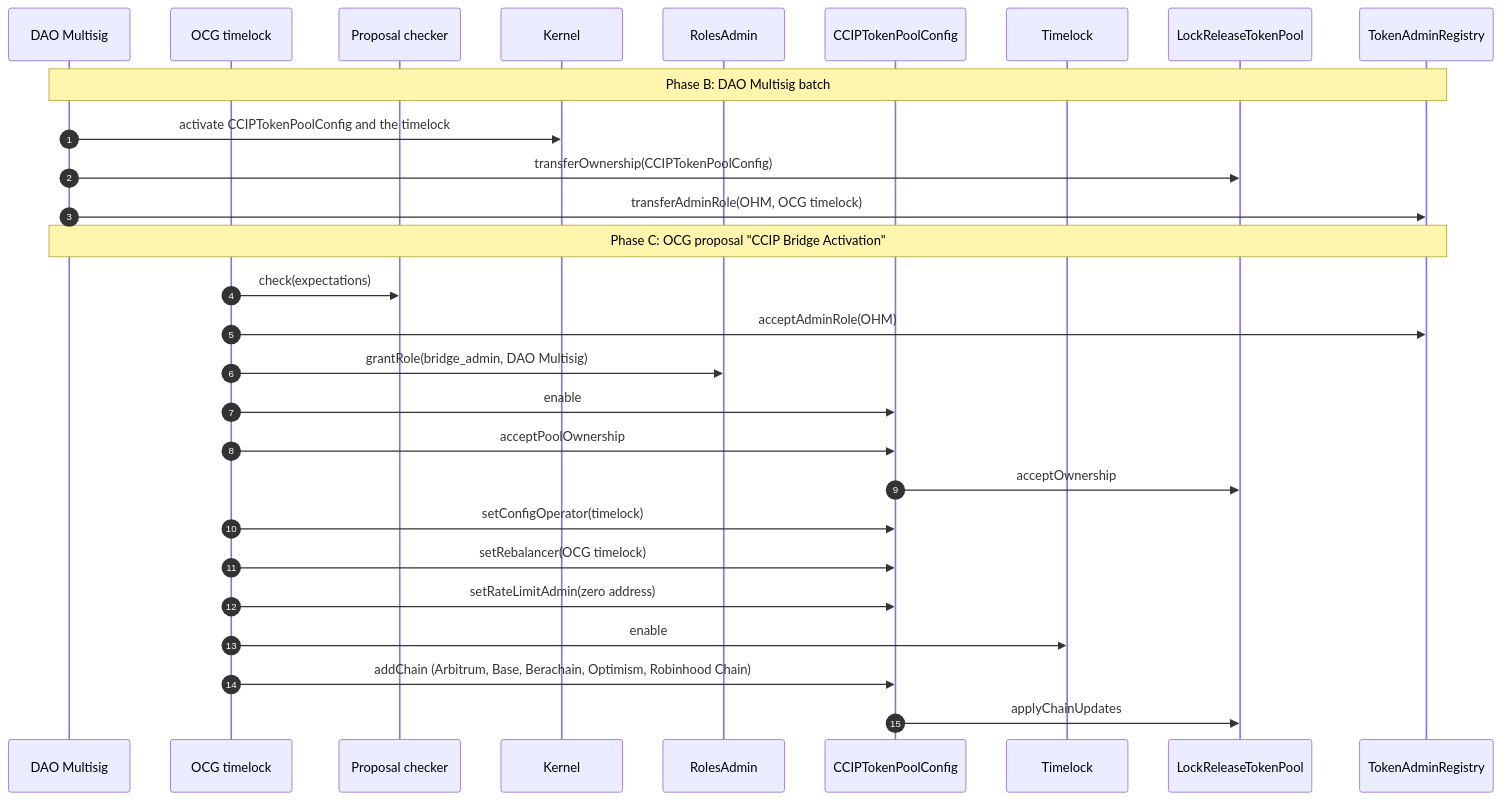
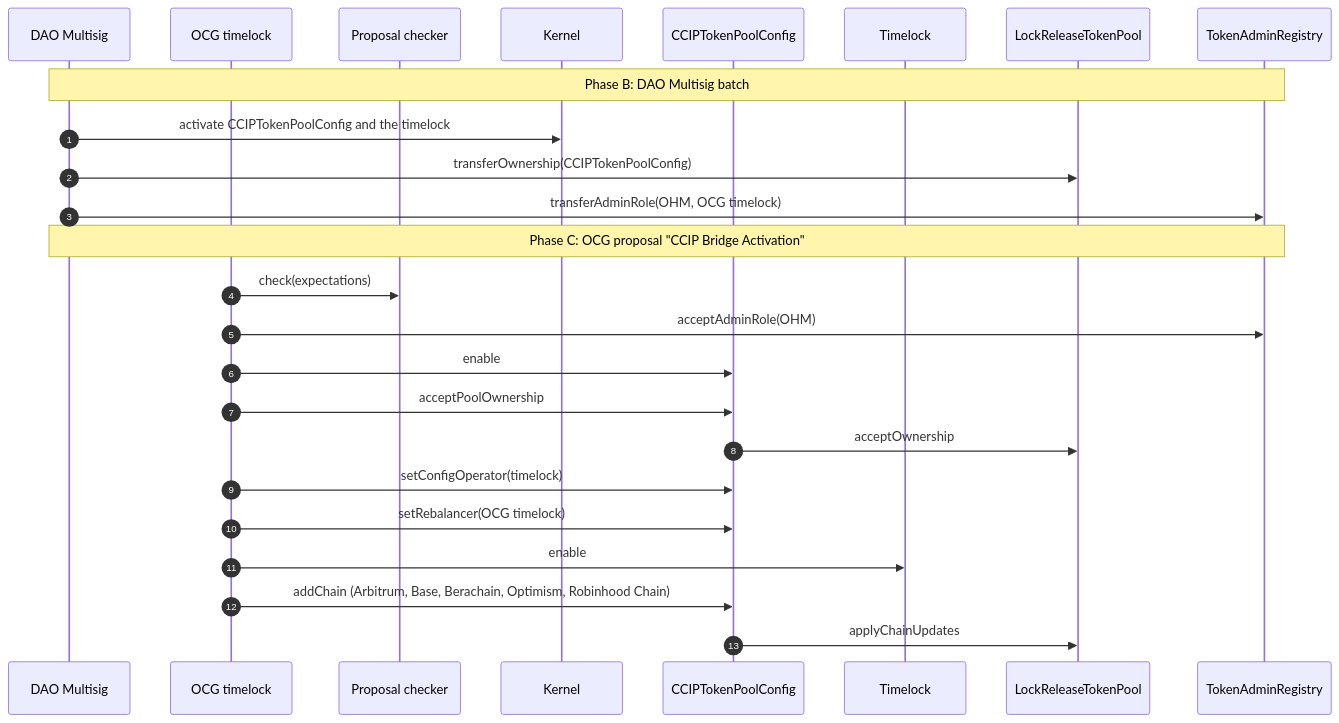
Before and after one commit to OlympusDAO/olympus-docs: the seventh of 8 diagrams in docs/overview/07_cross-chain/01_ccip-technical-details.md, drawn with Mermaid. The commit also changed other lines of this file and 4 other files, not shown here.

````diff
--- a/docs/overview/07_cross-chain/01_ccip-technical-details.md
+++ b/docs/overview/07_cross-chain/01_ccip-technical-details.md
@@ -411,32 +411,29 @@
 ```mermaid
 sequenceDiagram
     autonumber
     participant DAO as DAO Multisig
     participant OCG as OCG timelock
     participant CH as Proposal checker
     participant K as Kernel
-    participant RA as RolesAdmin
     participant C as CCIPTokenPoolConfig
     participant T as Timelock
     participant P as LockReleaseTokenPool
     participant REG as TokenAdminRegistry
 
     Note over DAO,REG: Phase B: DAO Multisig batch
     DAO->>K: activate CCIPTokenPoolConfig and the timelock
     DAO->>P: transferOwnership(CCIPTokenPoolConfig)
     DAO->>REG: transferAdminRole(OHM, OCG timelock)
 
     Note over DAO,REG: Phase C: OCG proposal "CCIP Bridge Activation"
     OCG->>CH: check(expectations)
     OCG->>REG: acceptAdminRole(OHM)
-    OCG->>RA: grantRole(bridge_admin, DAO Multisig)
     OCG->>C: enable
     OCG->>C: acceptPoolOwnership
     C->>P: acceptOwnership
     OCG->>C: setConfigOperator(timelock)
     OCG->>C: setRebalancer(OCG timelock)
-    OCG->>C: setRateLimitAdmin(zero address)
     OCG->>T: enable
     OCG->>C: addChain (Arbitrum, Base, Berachain, Optimism, Robinhood Chain)
     C->>P: applyChainUpdates
 ```
````
